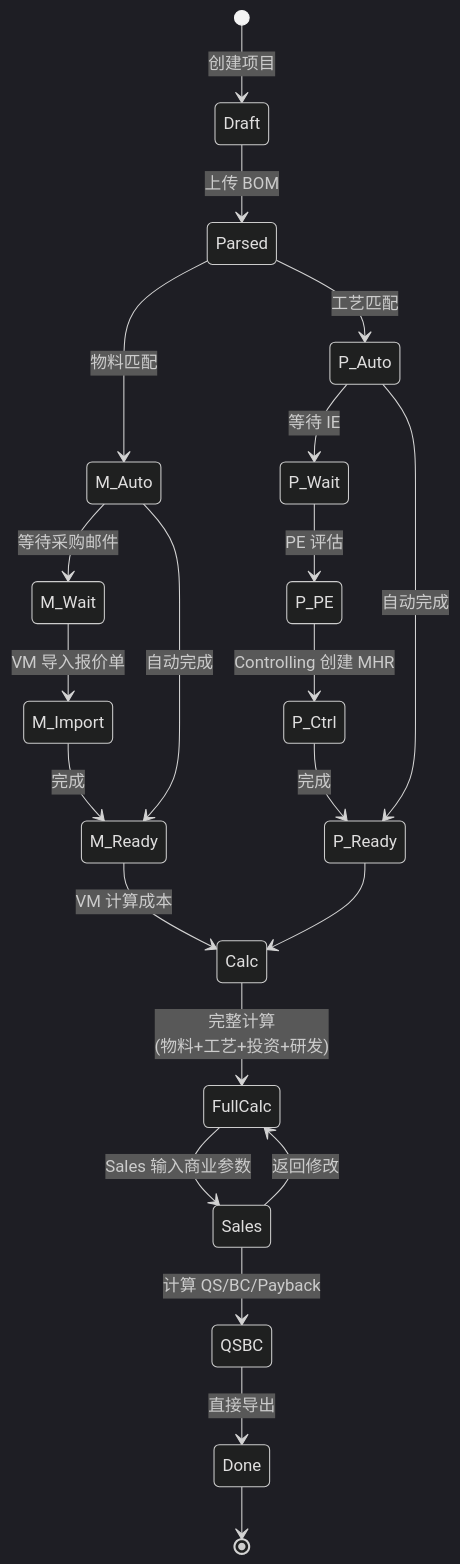
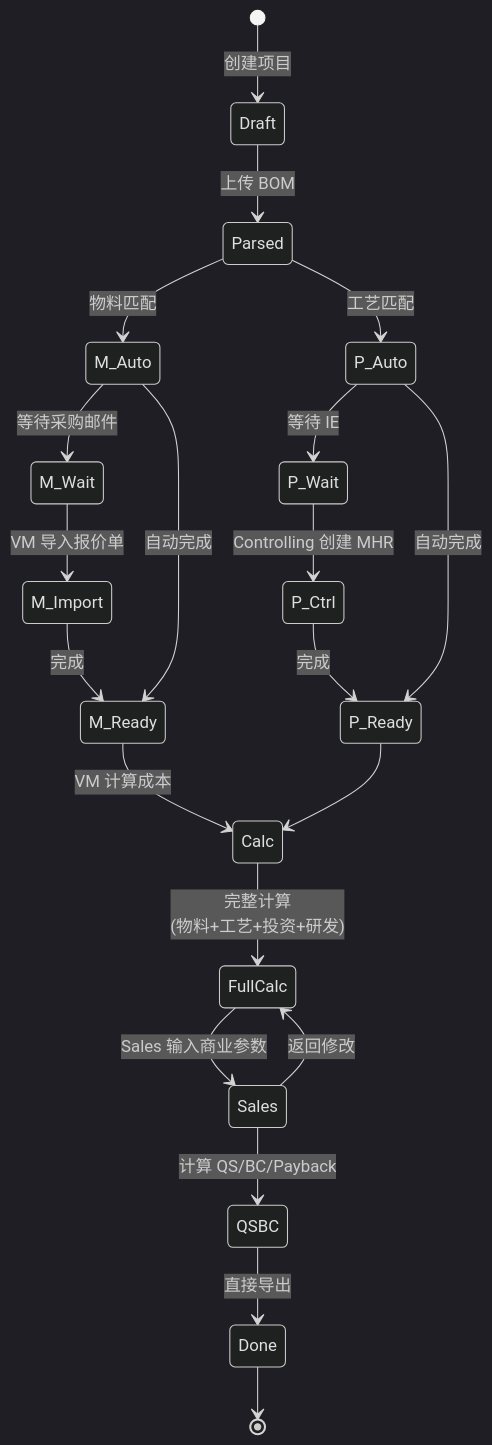
The second of 2 diagrams in docs/PRD.md (randyluo85/Quoting-Copilot), drawn with Mermaid (dark theme) before and after one commit.

Commit message:
auto: claude changes

````diff
--- a/docs/PRD.md
+++ b/docs/PRD.md
@@ -436,31 +436,30 @@
 ```mermaid
 stateDiagram-v2
     [*] --> Draft: 创建项目
     Draft --> Parsed: 上传 BOM
 
     Parsed --> M_Auto: 物料匹配
     Parsed --> P_Auto: 工艺匹配
 
     M_Auto --> M_Wait: 等待采购邮件
     M_Wait --> M_Import: VM 导入报价单
     M_Import --> M_Ready: 完成
     M_Auto --> M_Ready: 自动完成
 
     P_Auto --> P_Wait: 等待 IE
-    P_Wait --> P_PE: PE 评估
-    P_PE --> P_Ctrl: Controlling 创建 MHR
+    P_Wait --> P_Ctrl: Controlling 创建 MHR
     P_Ctrl --> P_Ready: 完成
     P_Auto --> P_Ready: 自动完成
 
     M_Ready --> Calc: VM 计算成本
     P_Ready --> Calc
 
     Calc --> FullCalc: 完整计算<br/>(物料+工艺+投资+研发)
     FullCalc --> Sales: Sales 输入商业参数
 
     Sales --> QSBC: 计算 QS/BC/Payback
     QSBC --> Done: 直接导出
     Sales --> FullCalc: 返回修改
 
     Done --> [*]
 ```
````
